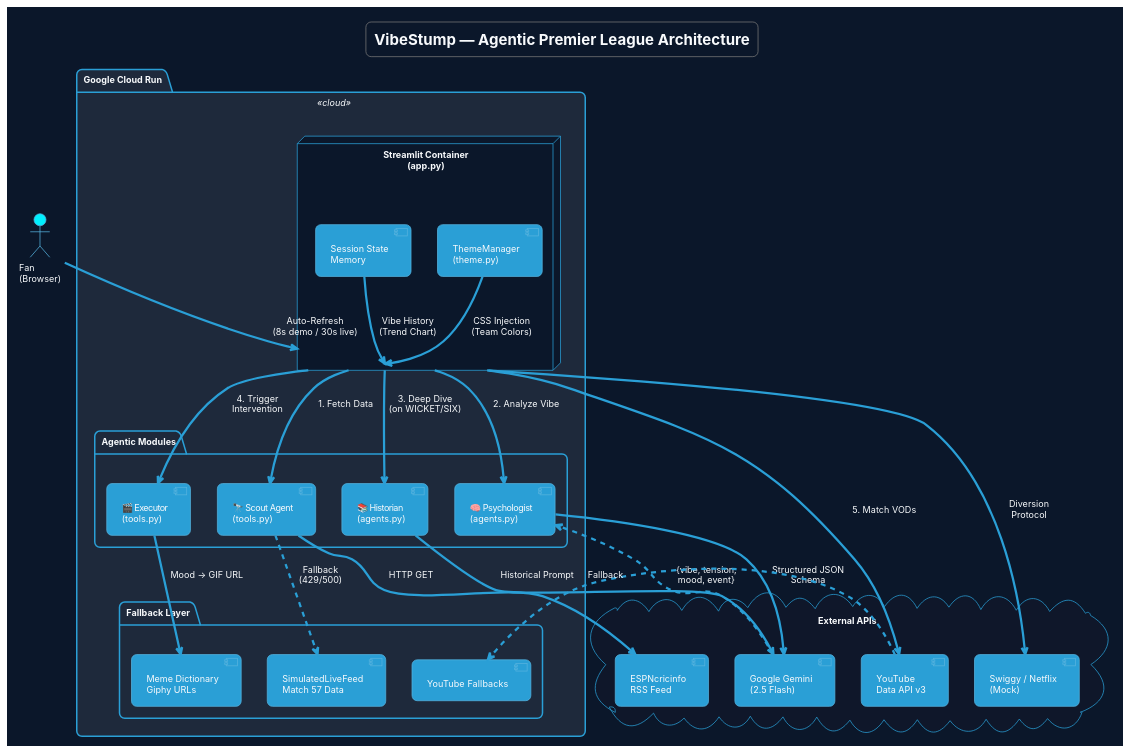
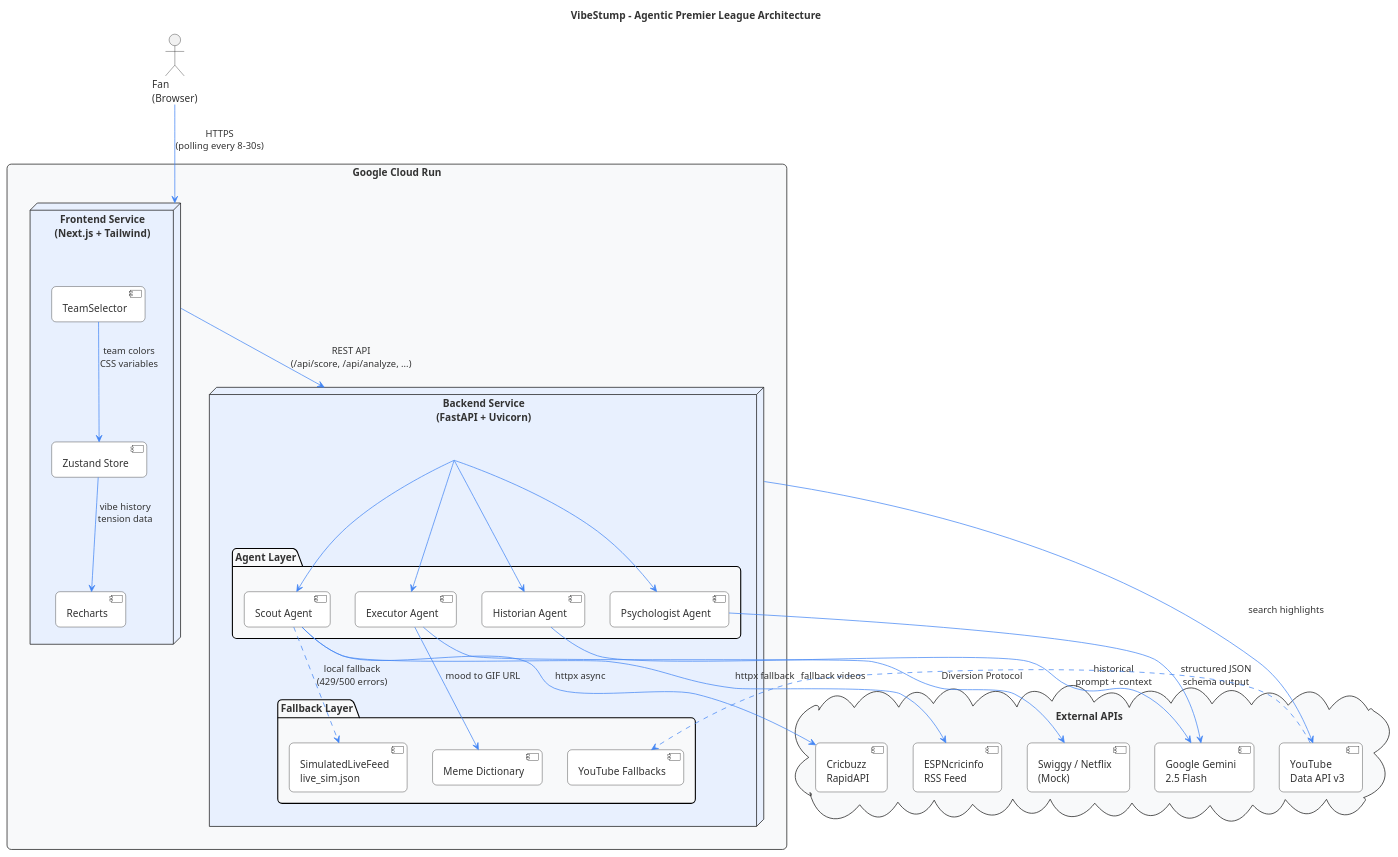
Before and after one commit to SundareshwaranSukumar/VibeStump: the diagram in architecture.puml, drawn with PlantUML. The commit also changed 38 other files, not shown here.

```diff
--- a/architecture.puml
+++ b/architecture.puml
@@ -1,65 +1,74 @@
-@startuml VibeStump Architecture
-!theme cyborg
-skinparam DefaultFontName Inter
-skinparam roundcorner 14
-skinparam backgroundColor #0B172A
-skinparam defaultFontColor #F8FAFC
+@startuml VibeStump_Architecture
 
-title **VibeStump — Agentic Premier League Architecture**
+skinparam defaultFontName Arial
+skinparam roundcorner 12
+skinparam backgroundColor #FFFFFF
+skinparam defaultFontColor #333333
+skinparam packageBackgroundColor #F8F9FA
+skinparam nodeBackgroundColor #E8F0FE
+skinparam componentBackgroundColor #FFFFFF
+skinparam arrowColor #4285F4
 
-actor "Fan\n(Browser)" as fan #00F0FF
+title VibeStump - Agentic Premier League Architecture
 
-package "Google Cloud Run" <<cloud>> #1E293B {
+actor "Fan\n(Browser)" as Fan
 
-  node "Streamlit Container\n(app.py)" as ui #0B172A {
-    [ThemeManager\n(theme.py)] as TM
-    [Session State\nMemory] as SS
+rectangle "Google Cloud Run" {
+
+  node "Frontend Service\n(Next.js + Tailwind)" as FE {
+    [Zustand Store] as Store
+    [Recharts] as Charts
+    [TeamSelector] as Theme
   }
 
-  package "Agentic Modules" #1E293B {
-    [🔭 Scout Agent\n(tools.py)] as Scout
-    [🧠 Psychologist\n(agents.py)] as Psych
-    [📚 Historian\n(agents.py)] as Hist
-    [🎬 Executor\n(tools.py)] as Exec
-  }
+  node "Backend Service\n(FastAPI + Uvicorn)" as BE {
 
-  package "Fallback Layer" #1E293B {
-    [SimulatedLiveFeed\nMatch 57 Data] as Sim
-    [Meme Dictionary\nGiphy URLs] as Memes
-    [YouTube Fallbacks] as YTF
+    package "Agent Layer" {
+      [Scout Agent] as Scout
+      [Psychologist Agent] as Psych
+      [Historian Agent] as Hist
+      [Executor Agent] as Exec
+    }
+
+    package "Fallback Layer" {
+      [SimulatedLiveFeed\nlive_sim.json] as Sim
+      [Meme Dictionary] as Memes
+      [YouTube Fallbacks] as YTFall
+    }
   }
 }
 
-cloud "External APIs" #0F172A {
+cloud "External APIs" {
+  [Cricbuzz\nRapidAPI] as Cricbuzz
   [ESPNcricinfo\nRSS Feed] as RSS
-  [Google Gemini\n(2.5 Flash)] as Gemini
+  [Google Gemini\n2.5 Flash] as Gemini
   [YouTube\nData API v3] as YT
   [Swiggy / Netflix\n(Mock)] as Mock
 }
 
-' ── Data Flow ──
-fan --> ui : Auto-Refresh\n(8s demo / 30s live)
+' -- Data Flow --
+Fan --> FE : HTTPS\n(polling every 8-30s)
+FE --> BE : REST API\n(/api/score, /api/analyze, ...)
 
-ui --> Scout : 1. Fetch Data
-Scout --> RSS : HTTP GET
-Scout ..> Sim : Fallback\n(429/500)
+BE --> Scout
+Scout --> Cricbuzz : httpx async
+Scout --> RSS : httpx fallback
+Scout ..> Sim : local fallback\n(429/500 errors)
 
-ui --> Psych : 2. Analyze Vibe
-Psych --> Gemini : Structured JSON\nSchema
-Gemini ..> Psych : {vibe, tension,\nmood, event}
+BE --> Psych
+Psych --> Gemini : structured JSON\nschema output
 
-ui --> Hist : 3. Deep Dive\n(on WICKET/SIX)
-Hist --> Gemini : Historical Prompt
+BE --> Hist
+Hist --> Gemini : historical\nprompt + context
 
-ui --> Exec : 4. Trigger\nIntervention
-Exec --> Memes : Mood → GIF URL
+BE --> Exec
+Exec --> Memes : mood to GIF URL
+Exec --> Mock : Diversion Protocol
 
-ui --> YT : 5. Match VODs
-YT ..> YTF : Fallback
+BE --> YT : search highlights
+YT ..> YTFall : fallback videos
 
-ui --> Mock : Diversion\nProtocol
-
-TM --> ui : CSS Injection\n(Team Colors)
-SS --> ui : Vibe History\n(Trend Chart)
+Store --> Charts : vibe history\ntension data
+Theme --> Store : team colors\nCSS variables
 
 @enduml
```
